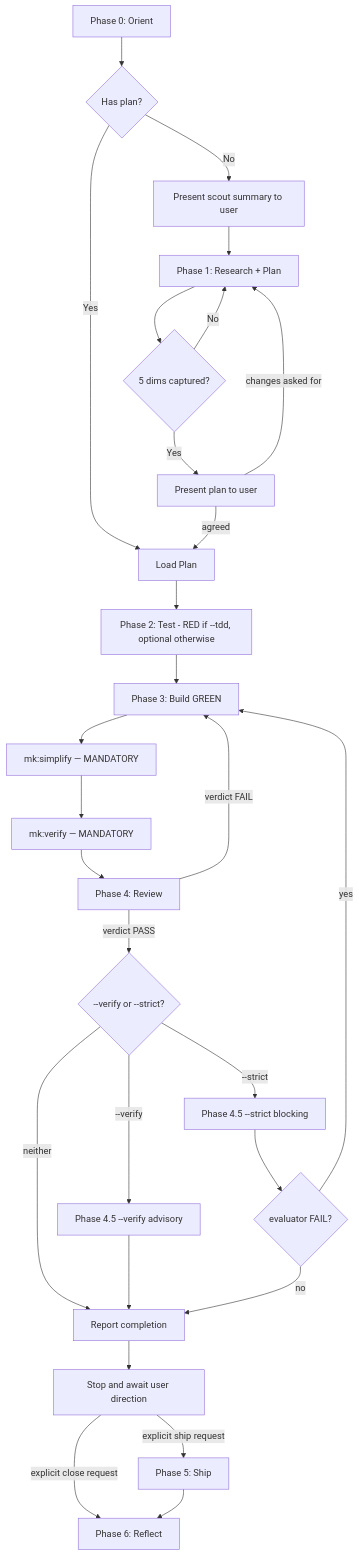
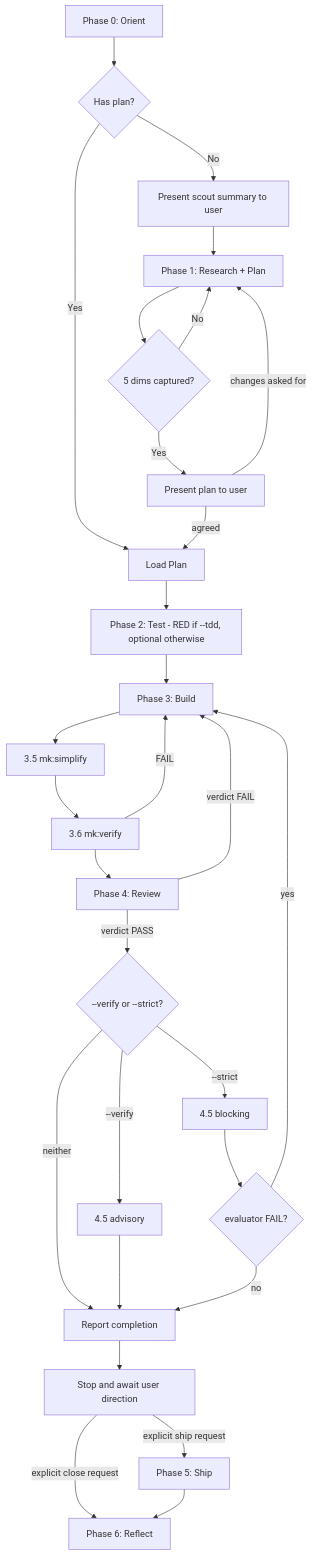
Before and after one commit to ngocsangyem/MeowKit: the diagram in .claude/skills/cook/references/workflow-steps.md, drawn with Mermaid. The commit also changed other lines of this file and 37 other files, not shown here.

````diff
--- a/.claude/skills/cook/references/workflow-steps.md
+++ b/.claude/skills/cook/references/workflow-steps.md
@@ -384,30 +153,31 @@
 ```mermaid
 flowchart TD
     A[Phase 0: Orient] --> B{Has plan?}
     B -->|Yes| D[Load Plan]
     B -->|No| SP[Present scout summary to user]
     SP --> C[Phase 1: Research + Plan]
     C --> RQ{5 dims captured?}
     RQ -->|No| C
     RQ -->|Yes| PP[Present plan to user]
     PP -->|agreed| D
     PP -->|changes asked for| C
     D --> E[Phase 2: Test - RED if --tdd, optional otherwise]
-    E --> F[Phase 3: Build GREEN]
-    F --> S[mk:simplify — MANDATORY]
-    S --> V[mk:verify — MANDATORY]
+    E --> F[Phase 3: Build]
+    F --> S[3.5 mk:simplify]
+    S --> V[3.6 mk:verify]
+    V -->|FAIL| F
     V --> G2[Phase 4: Review]
     G2 -->|verdict PASS| BV{--verify or --strict?}
-    BV -->|"--verify"| P45A["Phase 4.5 --verify advisory"]
-    BV -->|"--strict"| P45B["Phase 4.5 --strict blocking"]
+    BV -->|"--verify"| P45A["4.5 advisory"]
+    BV -->|"--strict"| P45B["4.5 blocking"]
     BV -->|neither| SR[Report completion]
     P45A --> SR
     P45B --> BG{evaluator FAIL?}
     BG -->|no| SR
     BG -->|yes| F
     G2 -->|verdict FAIL| F
     SR --> STOP[Stop and await user direction]
     STOP -->|explicit ship request| H[Phase 5: Ship]
     STOP -->|explicit close request| I[Phase 6: Reflect]
     H --> I
 ```
````
